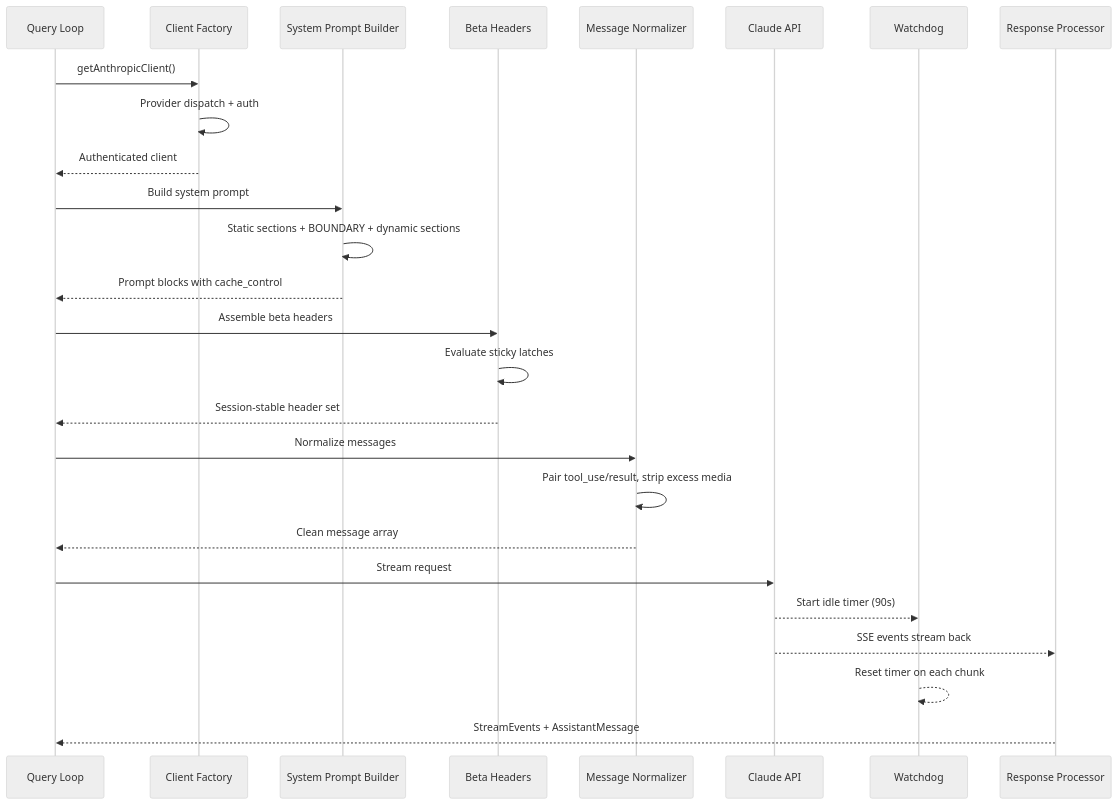
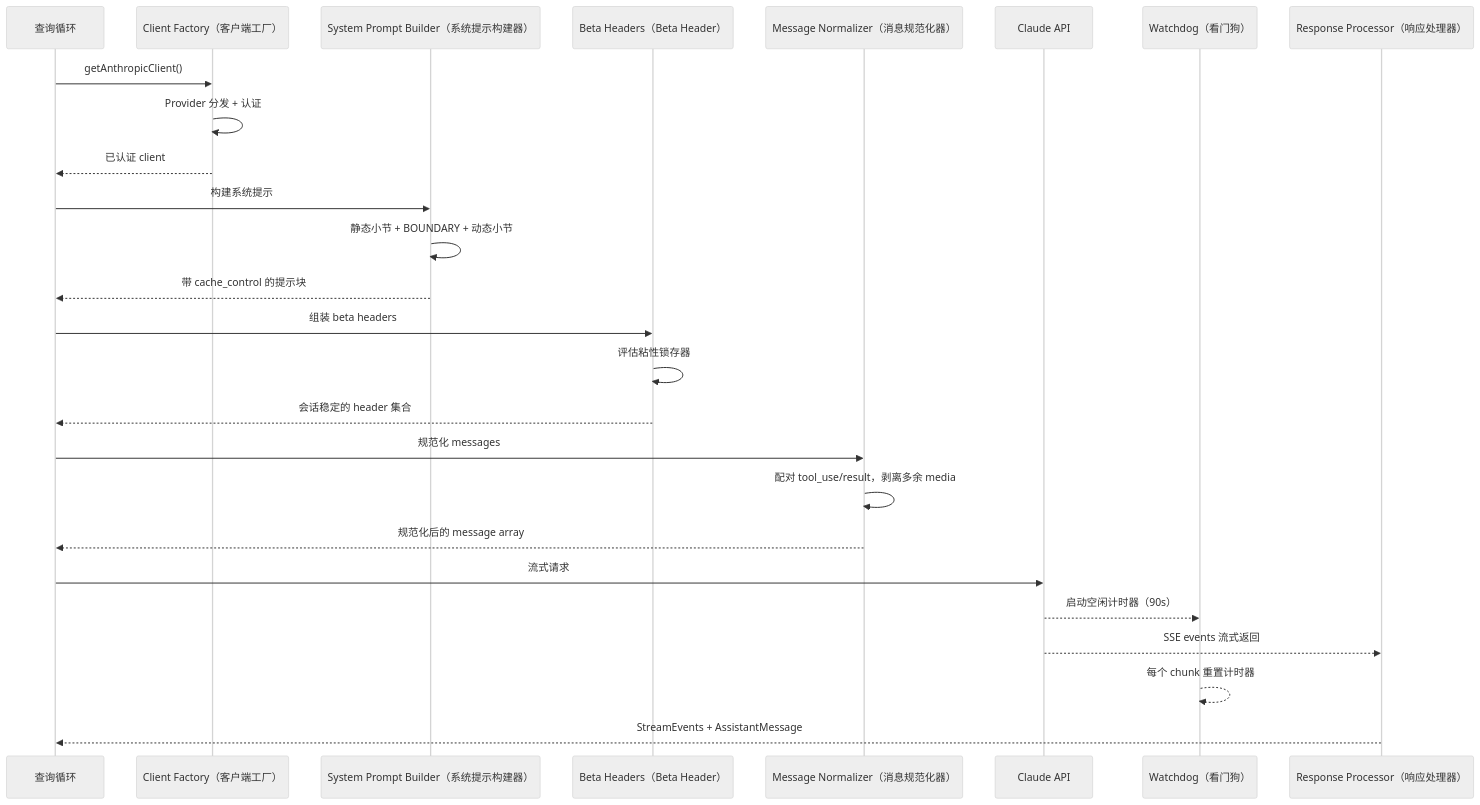
One commit to quanuanc/claude-code-from-source changed the first of 3 diagrams in book-zh/ch04-api-layer.md. Above: the diagram before and after it, drawn with Mermaid (neutral theme). The commit also changed other lines of this file and 2 other files, not shown here.

````diff
--- a/book-zh/ch04-api-layer.md
+++ b/book-zh/ch04-api-layer.md
@@ -16,33 +9,33 @@
 ```mermaid
 sequenceDiagram
-    participant QL as Query Loop
-    participant CF as Client Factory
-    participant SP as System Prompt Builder
-    participant BH as Beta Headers
-    participant MN as Message Normalizer
+    participant QL as 查询循环
+    participant CF as Client Factory（客户端工厂）
+    participant SP as System Prompt Builder（系统提示构建器）
+    participant BH as Beta Headers（Beta Header）
+    participant MN as Message Normalizer（消息规范化器）
     participant API as Claude API
-    participant WD as Watchdog
-    participant RP as Response Processor
+    participant WD as Watchdog（看门狗）
+    participant RP as Response Processor（响应处理器）
 
     QL->>CF: getAnthropicClient()
-    CF->>CF: Provider dispatch + auth
-    CF-->>QL: Authenticated client
+    CF->>CF: Provider 分发 + 认证
+    CF-->>QL: 已认证 client
 
-    QL->>SP: Build system prompt
-    SP->>SP: Static sections + BOUNDARY + dynamic sections
-    SP-->>QL: Prompt blocks with cache_control
+    QL->>SP: 构建系统提示
+    SP->>SP: 静态小节 + BOUNDARY + 动态小节
+    SP-->>QL: 带 cache_control 的提示块
 
-    QL->>BH: Assemble beta headers
-    BH->>BH: Evaluate sticky latches
-    BH-->>QL: Session-stable header set
+    QL->>BH: 组装 beta headers
+    BH->>BH: 评估粘性锁存器
+    BH-->>QL: 会话稳定的 header 集合
 
-    QL->>MN: Normalize messages
-    MN->>MN: Pair tool_use/result, strip excess media
-    MN-->>QL: Clean message array
+    QL->>MN: 规范化 messages
+    MN->>MN: 配对 tool_use/result，剥离多余 media
+    MN-->>QL: 规范化后的 message array
 
-    QL->>API: Stream request
-    API-->>WD: Start idle timer (90s)
-    API-->>RP: SSE events stream back
-    WD-->>WD: Reset timer on each chunk
+    QL->>API: 流式请求
+    API-->>WD: 启动空闲计时器（90s）
+    API-->>RP: SSE events 流式返回
+    WD-->>WD: 每个 chunk 重置计时器
     RP-->>QL: StreamEvents + AssistantMessage
 ```
````
